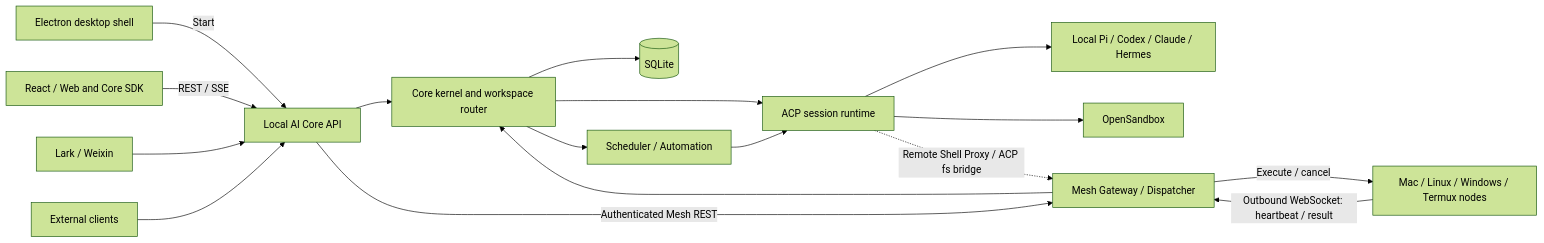
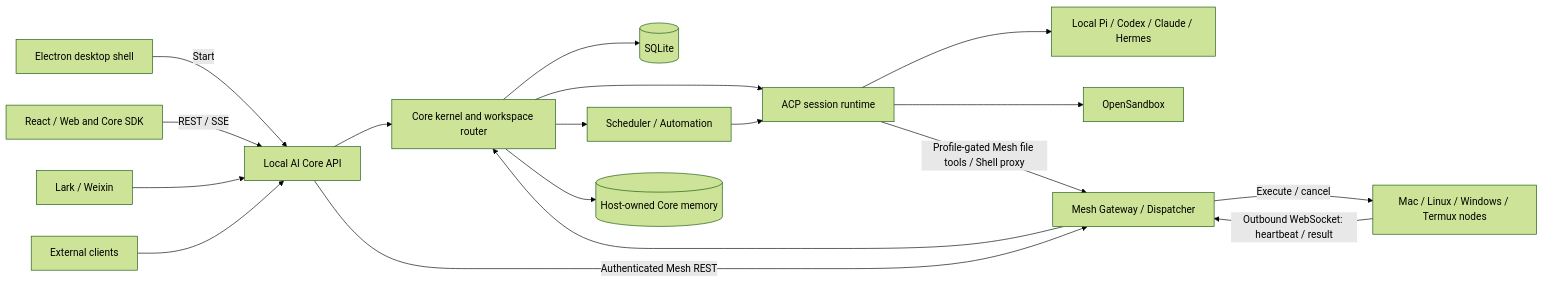
The diagram in README.md (helloimcx/agentdock), drawn with Mermaid (forest theme) before and after one commit. The commit also changed other lines of this file and 55 other files, not shown here.

````diff
--- a/README.md
+++ b/README.md
@@ -19,19 +19,20 @@
 ```mermaid
 flowchart LR
   electron[Electron desktop shell] -->|Start| api[Local AI Core API]
   renderer[React / Web and Core SDK] -->|REST / SSE| api
   channels[Lark / Weixin] --> api
   external[External clients] --> api
   api --> kernel[Core kernel and workspace router]
   kernel --> sqlite[(SQLite)]
   kernel --> acp[ACP session runtime]
   kernel --> scheduler[Scheduler / Automation]
   scheduler --> acp
   acp --> agents[Local Pi / Codex / Claude / Hermes]
   acp --> sandbox[OpenSandbox]
-  acp -.->|Remote Shell Proxy / ACP fs bridge| mesh
+  acp -->|Profile-gated Mesh file tools / Shell proxy| mesh
   api -->|Authenticated Mesh REST| mesh[Mesh Gateway / Dispatcher]
   mesh --> kernel
   nodes[Mac / Linux / Windows / Termux nodes] -->|Outbound WebSocket: heartbeat / result| mesh
   mesh -->|Execute / cancel| nodes
+  kernel --> memory[(Host-owned Core memory)]
 ```
````
